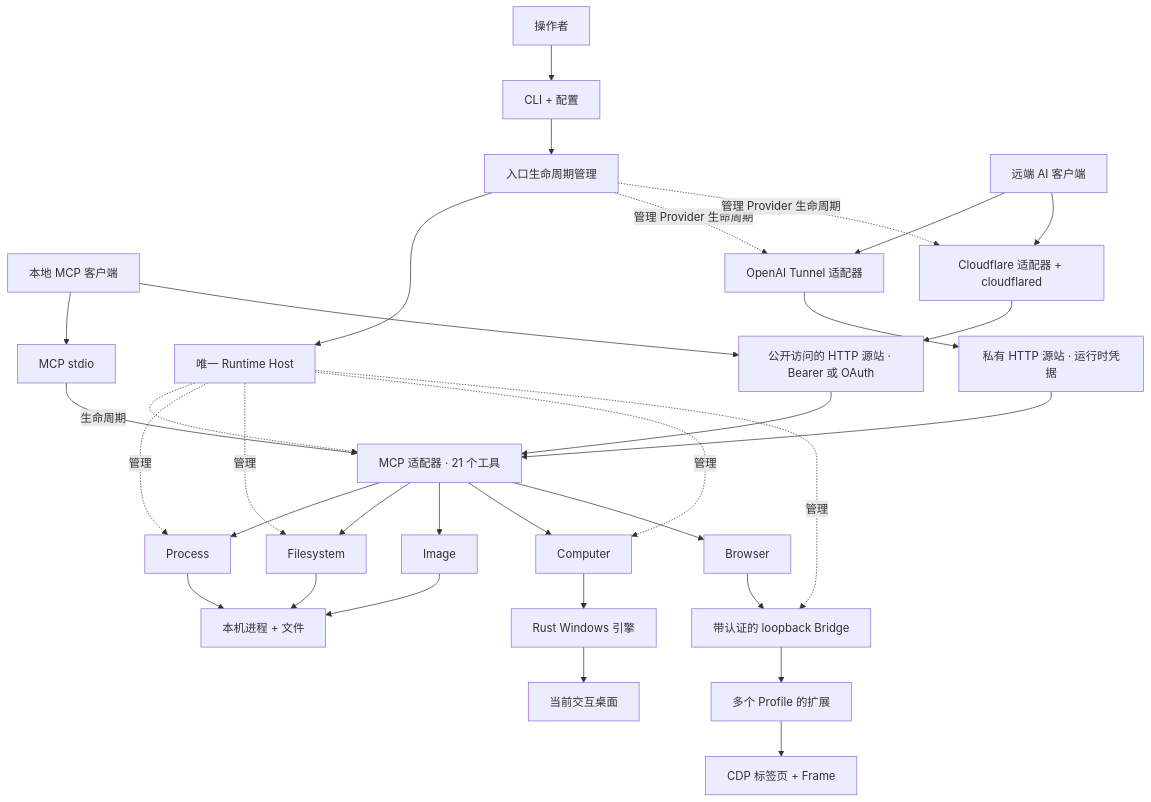
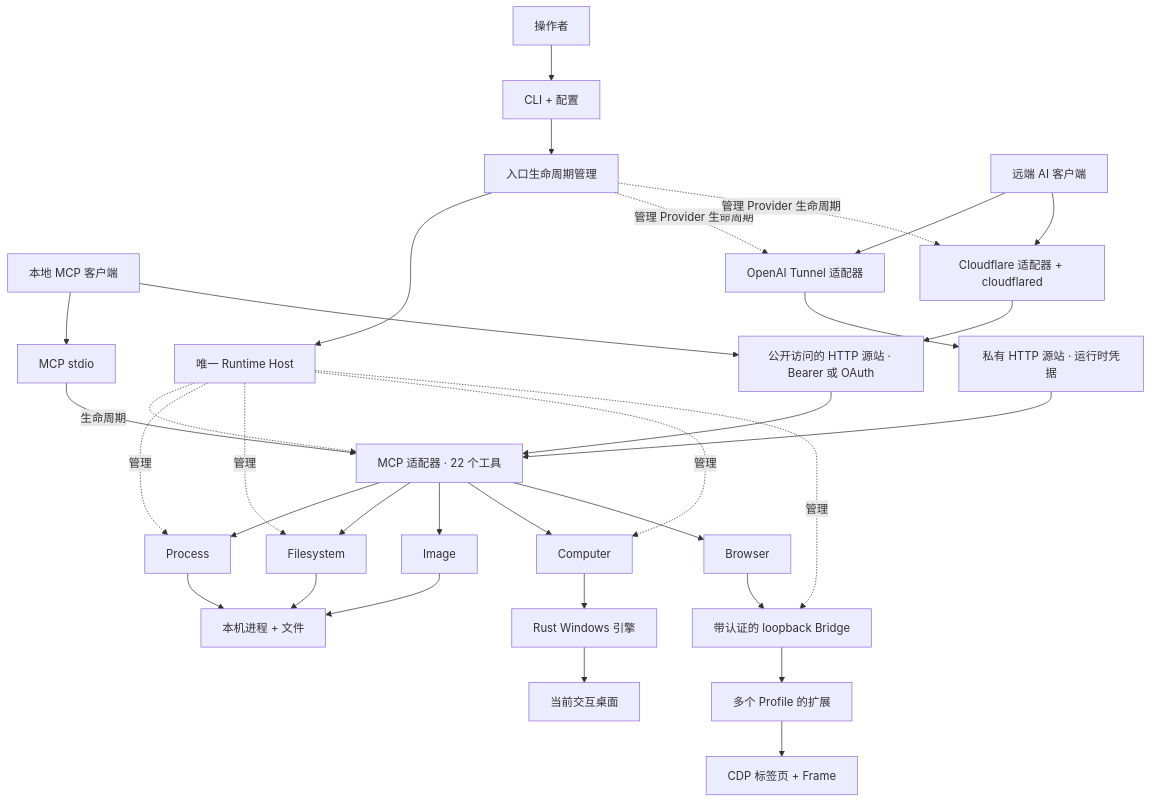
One commit to hicancan/local-runtime-mcp changed the first of 7 diagrams in README.zh-CN.md. Above: the diagram before and after it, drawn with Mermaid. The commit also changed other lines of this file and 20 other files, not shown here.

````diff
--- a/README.zh-CN.md
+++ b/README.zh-CN.md
@@ -25,35 +25,35 @@
 ```mermaid
 flowchart TB
     Operator[操作者] --> CLI[CLI + 配置]
     CLI --> Supervisor[入口生命周期管理]
     Supervisor --> Host[唯一 Runtime Host]
     Local[本地 MCP 客户端] --> Stdio[MCP stdio]
     Local --> Public[公开访问的 HTTP 源站 · Bearer 或 OAuth]
     Remote[远端 AI 客户端] --> OpenAI[OpenAI Tunnel 适配器]
     Remote --> Cloudflare[Cloudflare 适配器 + cloudflared]
     OpenAI --> Private[私有 HTTP 源站 · 运行时凭据]
     Cloudflare --> Public
-    Stdio --> MCP[MCP 适配器 · 21 个工具]
+    Stdio --> MCP[MCP 适配器 · 22 个工具]
     Private --> MCP
     Public --> MCP
     MCP --> Process[Process]
     MCP --> Files[Filesystem]
     MCP --> Image[Image]
     MCP --> Computer[Computer]
     MCP --> Browser[Browser]
     Process --> Machine[本机进程 + 文件]
     Files --> Machine
     Image --> Machine
     Computer --> Native[Rust Windows 引擎]
     Native --> Desktop[当前交互桌面]
     Browser --> Bridge[带认证的 loopback Bridge]
     Bridge --> Profiles[多个 Profile 的扩展]
     Profiles --> CDP[CDP 标签页 + Frame]
     Host -. 生命周期 .-> MCP
     Host -. 管理 .-> Process
     Host -. 管理 .-> Files
     Host -. 管理 .-> Computer
     Host -. 管理 .-> Bridge
     Supervisor -. 管理 Provider 生命周期 .-> OpenAI
     Supervisor -. 管理 Provider 生命周期 .-> Cloudflare
 ```
````
